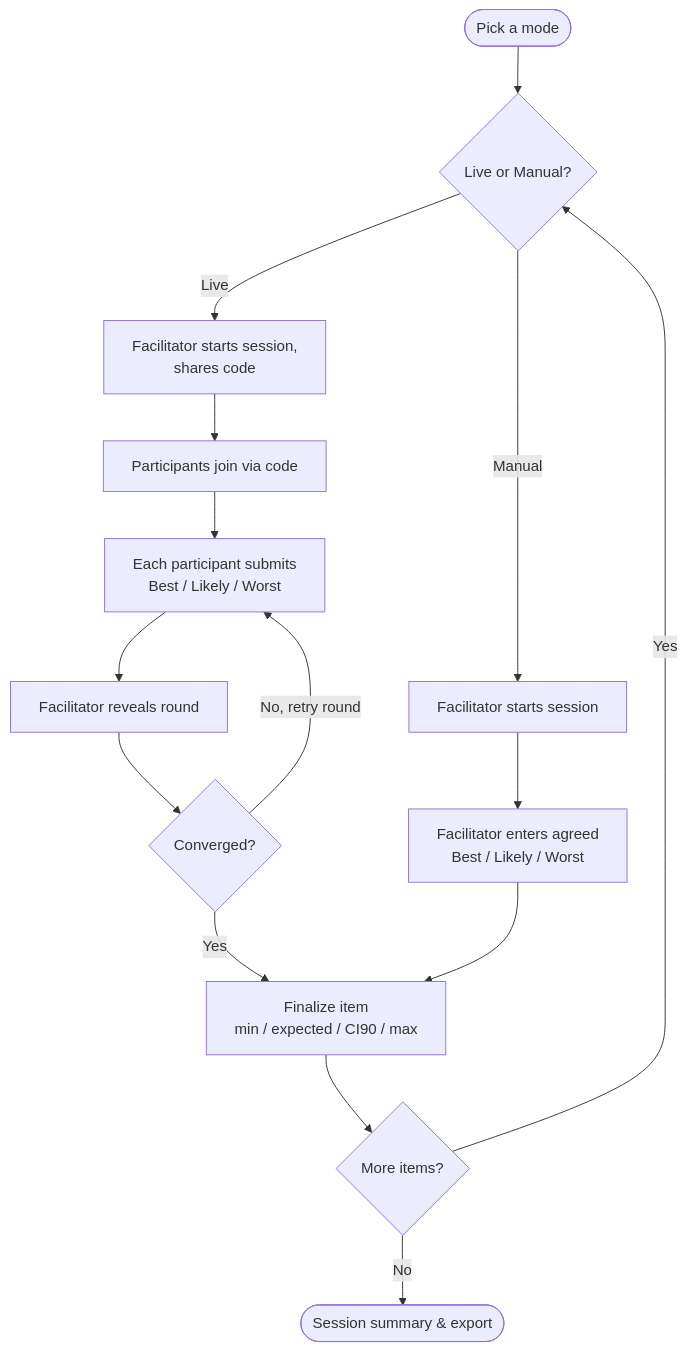
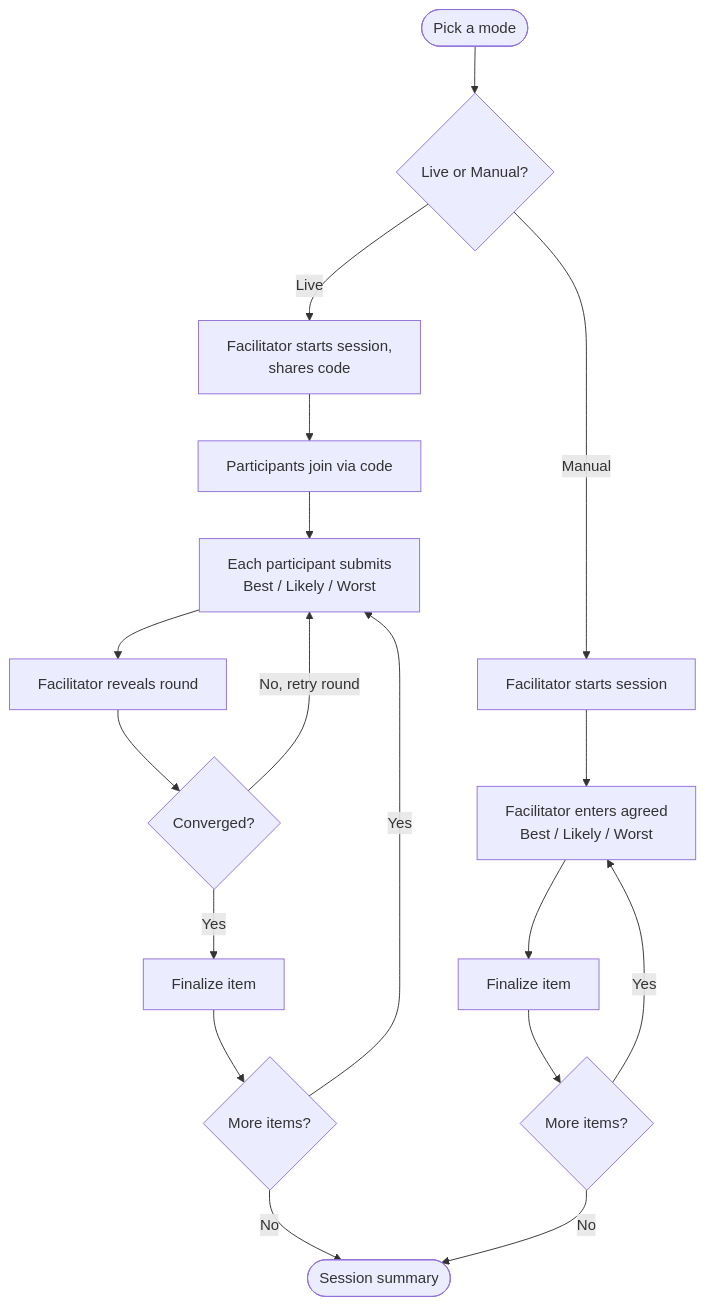
One commit to cfisch3r/estimate changed the diagram in docs/domain/prd.md. Above: the diagram before and after it, drawn with Mermaid. The commit also changed other lines of this file and 8 other files, not shown here.

````diff
--- a/docs/domain/prd.md
+++ b/docs/domain/prd.md
@@ -45,20 +48,22 @@
 ```mermaid
 flowchart TD
     Start(["Pick a mode"]) --> Mode{"Live or Manual?"}
 
     Mode -->|Live| LStart["Facilitator starts session,<br/>shares code"]
     LStart --> LJoin["Participants join via code"]
     LJoin --> LEst["Each participant submits<br/>Best / Likely / Worst"]
     LEst --> LReveal["Facilitator reveals round"]
     LReveal --> LDiscuss{"Converged?"}
     LDiscuss -->|No, retry round| LEst
-    LDiscuss -->|Yes| Finalize
+    LDiscuss -->|Yes| LFinalize["Finalize item"]
+    LFinalize --> LMore{"More items?"}
+    LMore -->|Yes| LEst
+    LMore -->|No| Summary(["Session summary"])
 
     Mode -->|Manual| MStart["Facilitator starts session"]
     MStart --> MEnter["Facilitator enters agreed<br/>Best / Likely / Worst"]
-    MEnter --> Finalize
-
-    Finalize["Finalize item<br/>min / expected / CI90 / max"] --> More{"More items?"}
-    More -->|Yes| Mode
-    More -->|No| Summary(["Session summary & export"])
+    MEnter --> MFinalize["Finalize item"]
+    MFinalize --> MMore{"More items?"}
+    MMore -->|Yes| MEnter
+    MMore -->|No| Summary
 ```
````
